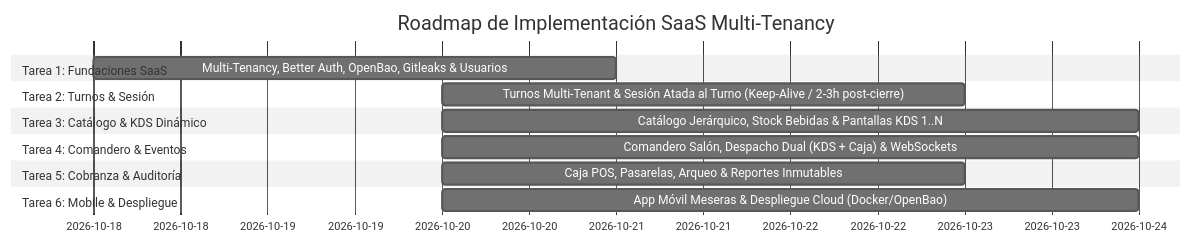
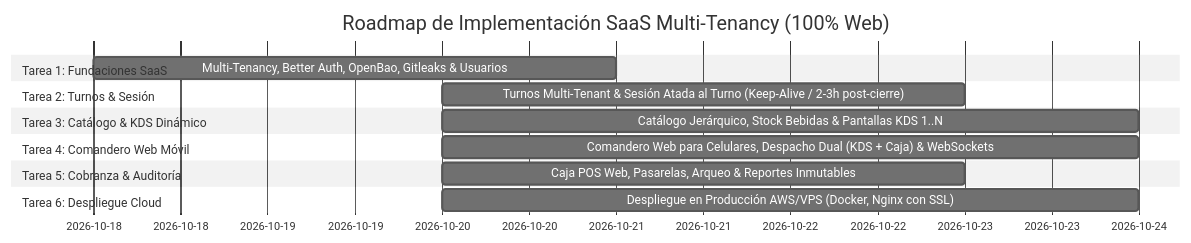
One commit to ang3lSm1th/Chifasas changed the diagram in Spec/constitution/roadmap.md. Above: the diagram before and after it, drawn with Mermaid (neutral theme). The commit also changed other lines of this file and 4 other files, not shown here.

Commit message:
docs: consolidar arquitectura 100% Web para celulares y eliminar apps nativas

````diff
--- a/Spec/constitution/roadmap.md
+++ b/Spec/constitution/roadmap.md
@@ -5,17 +5,17 @@
 ```mermaid
 gantt
-    title Roadmap de Implementación SaaS Multi-Tenancy
+    title Roadmap de Implementación SaaS Multi-Tenancy (100% Web)
     dateFormat  YYYY-MM-DD
     section Tarea 1: Fundaciones SaaS
     Multi-Tenancy, Better Auth, OpenBao, Gitleaks & Usuarios :2026-10-18, 3d
     section Tarea 2: Turnos & Sesión
     Turnos Multi-Tenant & Sesión Atada al Turno (Keep-Alive / 2-3h post-cierre) :after a1, 3d
     section Tarea 3: Catálogo & KDS Dinámico
     Catálogo Jerárquico, Stock Bebidas & Pantallas KDS 1..N :after a2, 4d
-    section Tarea 4: Comandero & Eventos
-    Comandero Salón, Despacho Dual (KDS + Caja) & WebSockets :after a3, 4d
+    section Tarea 4: Comandero Web Móvil
+    Comandero Web para Celulares, Despacho Dual (KDS + Caja) & WebSockets :after a3, 4d
     section Tarea 5: Cobranza & Auditoría
-    Caja POS, Pasarelas, Arqueo & Reportes Inmutables :after a4, 3d
-    section Tarea 6: Mobile & Despliegue
-    App Móvil Meseras & Despliegue Cloud (Docker/OpenBao) :after a5, 4d
+    Caja POS Web, Pasarelas, Arqueo & Reportes Inmutables :after a4, 3d
+    section Tarea 6: Despliegue Cloud
+    Despliegue en Producción AWS/VPS (Docker, Nginx con SSL) :after a5, 4d
 ```
````
